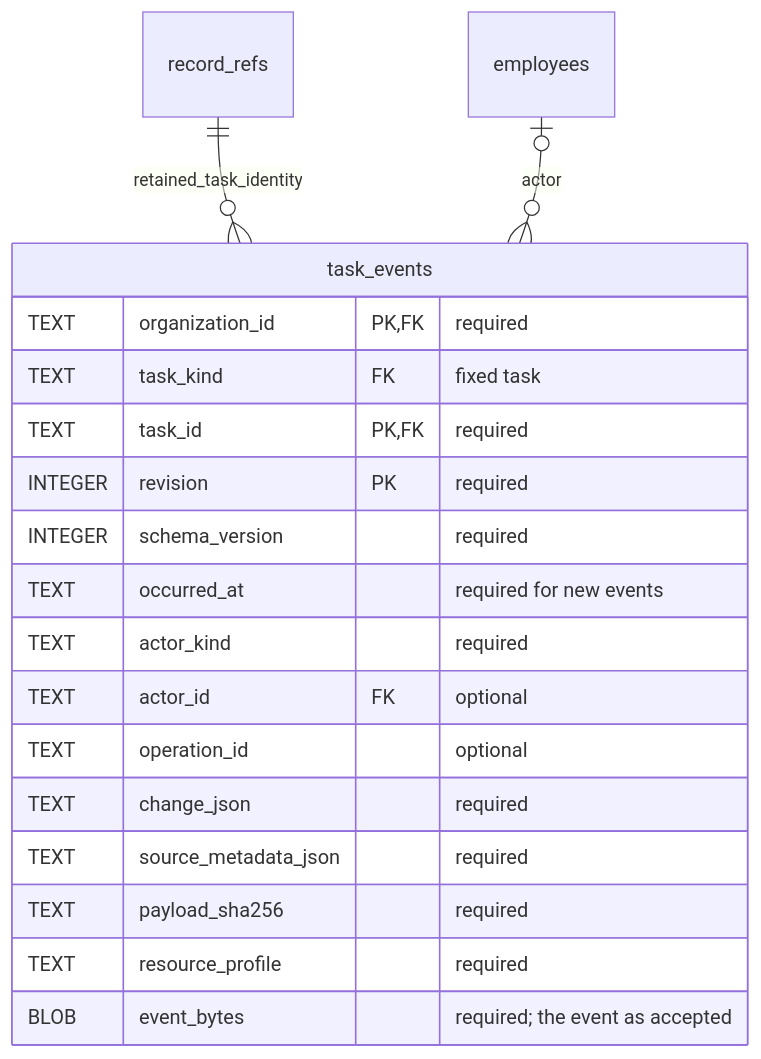
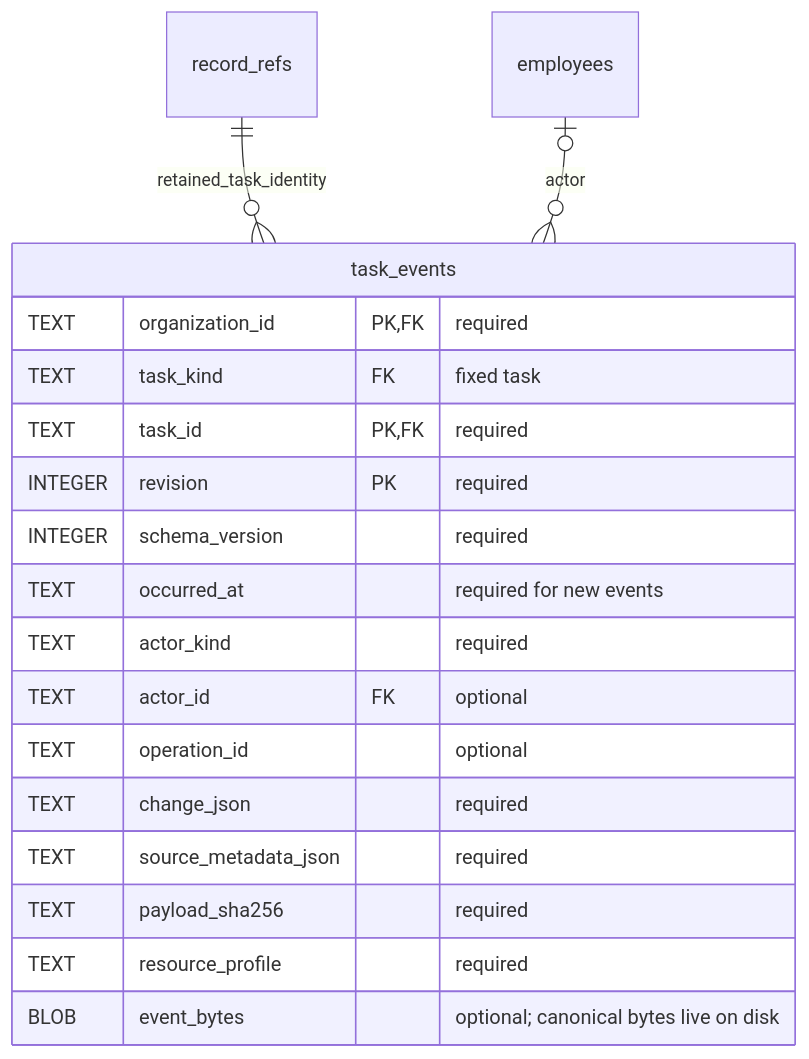
The second of 3 diagrams in docs/design/organization-data/05-operational-data.md (vgmello/agentic-org), drawn with Mermaid before and after one commit. The commit also changed other lines of this file and 10 other files, not shown here.

Commit message:
fix(data-model): tighten secondary schema constraints, private-notes integrity, and task/worktree redundancies (TASK-8)

````diff
--- a/docs/design/organization-data/05-operational-data.md
+++ b/docs/design/organization-data/05-operational-data.md
@@ -361,21 +364,21 @@
 ```mermaid
 erDiagram
     record_refs ||--o{ task_events : retained_task_identity
     employees o|--o{ task_events : actor
     task_events {
         TEXT organization_id PK, FK "required"
         TEXT task_kind FK "fixed task"
         TEXT task_id PK, FK "required"
         INTEGER revision PK "required"
         INTEGER schema_version "required"
         TEXT occurred_at "required for new events"
         TEXT actor_kind "required"
         TEXT actor_id FK "optional"
         TEXT operation_id "optional"
         TEXT change_json "required"
         TEXT source_metadata_json "required"
         TEXT payload_sha256 "required"
         TEXT resource_profile "required"
-        BLOB event_bytes "required; the event as accepted"
+        BLOB event_bytes "optional; canonical bytes live on disk"
     }
 ```
````
